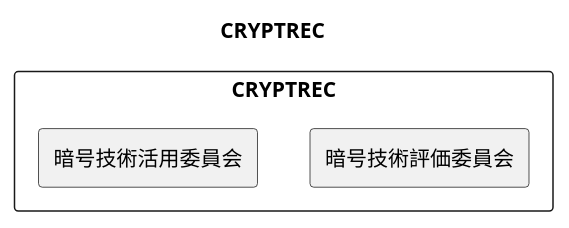
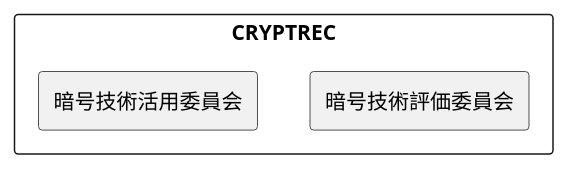
Before and after one commit to self-study-engineer/study-technology: diagram 30 of 30 in セキュリティ/情報処理安全確保支援士/過去問道場.md, drawn with PlantUML. The commit also changed other lines of this file and 3 other files, not shown here.

````diff
--- a/セキュリティ/情報処理安全確保支援士/過去問道場.md
+++ b/セキュリティ/情報処理安全確保支援士/過去問道場.md
@@ -1789,8 +1852,6 @@
 ```plantuml
-title CRYPTREC
-
 rectangle CRYPTREC as parent {
   rectangle 暗号技術評価委員会 as child1
   rectangle 暗号技術活用委員会 as child2
 }
 ```
````
